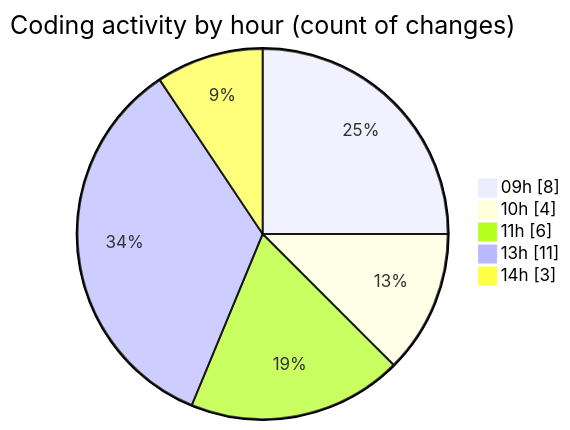
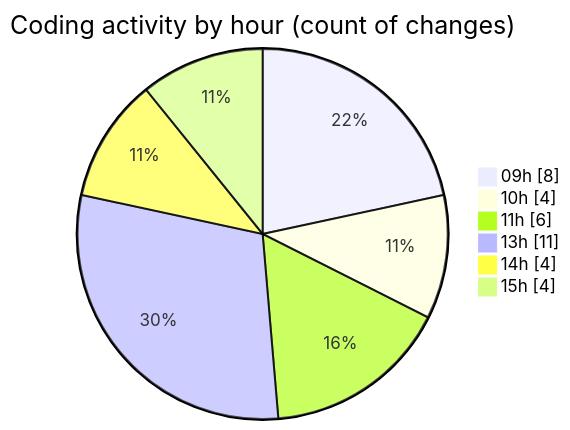
The second of 2 diagrams in 2026-05-12/cilapp/README.md (ricardozamudiocil/code-tracking), drawn with Mermaid before and after one commit. The commit also changed other lines of this file and 1 other file, not shown here.

````diff
--- a/2026-05-12/cilapp/README.md
+++ b/2026-05-12/cilapp/README.md
@@ -36,9 +36,10 @@
 ```mermaid
 pie showData
 title Coding activity by hour (count of changes)
 "09h" : 8
 "10h" : 4
 "11h" : 6
 "13h" : 11
-"14h" : 3
+"14h" : 4
+"15h" : 4
 ```
````
